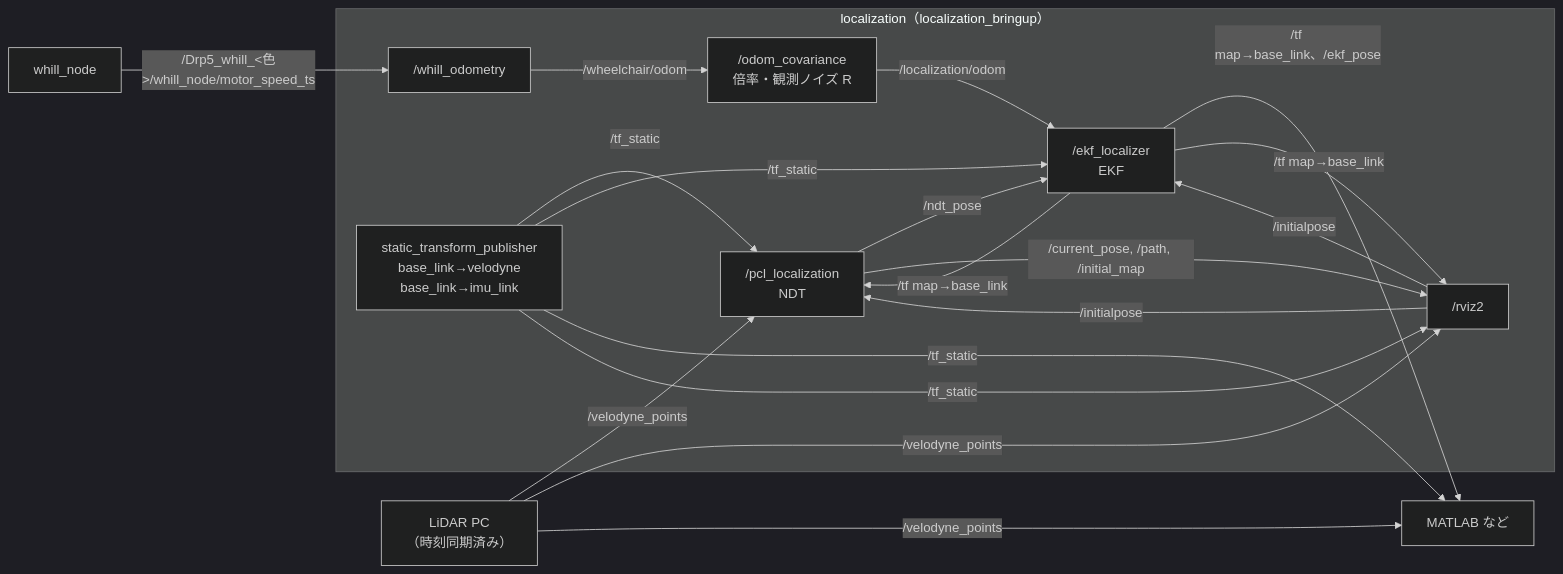
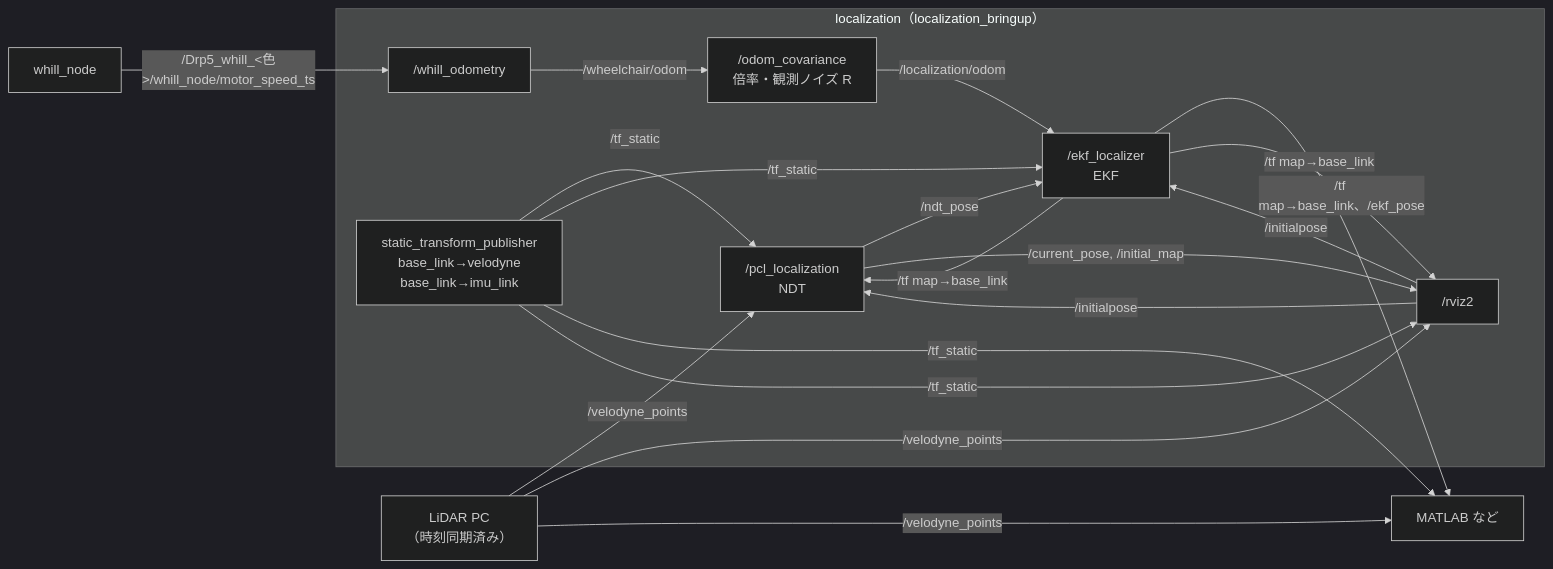
Before and after one commit to MaeharaTakumi/localization_bringup: the second of 3 diagrams in docs/node_graph.md, drawn with Mermaid (dark theme). The commit also changed other lines of this file and 7 other files, not shown here.

Commit message:
cloud_stamp_corrector・/tf_rviz・/wheelchair/accel をやめ、stamp_mode を NDT の scan_time_source と odom_covariance に渡す

````diff
--- a/docs/node_graph.md
+++ b/docs/node_graph.md
@@ -63,35 +63,35 @@
 ```mermaid
 flowchart LR
   lidar["LiDAR PC<br/>（時刻同期済み）"]
   whill["whill_node"]
   subgraph LOC["localization（localization_bringup）"]
     wodom["/whill_odometry"]
     stf["static_transform_publisher<br/>base_link→velodyne<br/>base_link→imu_link"]
     ndt["/pcl_localization<br/>NDT"]
     ocov["/odom_covariance<br/>倍率・観測ノイズ R"]
     ekf["/ekf_localizer<br/>EKF"]
     rviz["/rviz2"]
   end
 
   user["MATLAB など"]
 
   lidar -->|"/velodyne_points"| ndt
   whill -->|"/Drp5_whill_&lt;色&gt;/whill_node/motor_speed_ts"| wodom
   wodom -->|"/wheelchair/odom"| ocov
   ocov -->|"/localization/odom"| ekf
   stf -->|"/tf_static"| ndt
   stf -->|"/tf_static"| ekf
 
   ndt -->|"/ndt_pose"| ekf
   ekf -->|"/tf map→base_link"| ndt
   ekf -->|"/tf map→base_link、/ekf_pose"| user
   stf -->|"/tf_static"| user
   lidar -->|"/velodyne_points"| user
 
   lidar -->|"/velodyne_points"| rviz
-  ndt -->|"/current_pose, /path, /initial_map"| rviz
+  ndt -->|"/current_pose, /initial_map"| rviz
   ekf -->|"/tf map→base_link"| rviz
   stf -->|"/tf_static"| rviz
   rviz -->|"/initialpose"| ndt
   rviz -->|"/initialpose"| ekf
 ```
````
